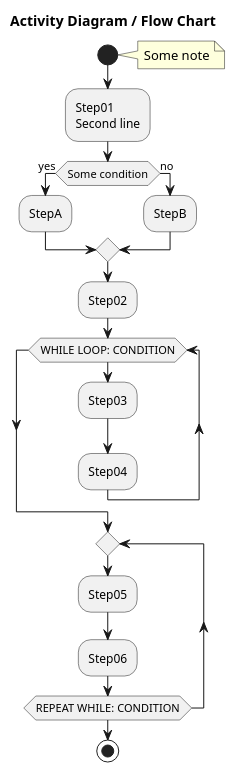
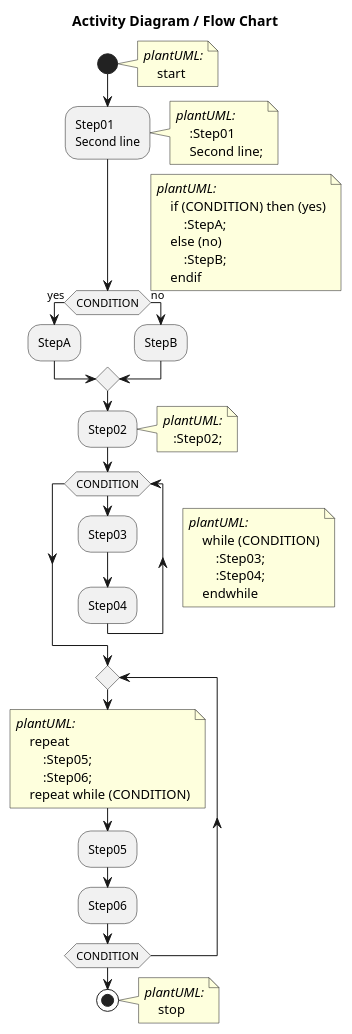
Before and after one commit to chraxo/UmlMarkdownCheatSheet: diagram 15 of 23 in uml_markdown_summary.md, drawn with PlantUML.

Commit message:
Improve Activity Diagram quick reference

```diff
--- a/uml_markdown_summary.md
+++ b/uml_markdown_summary.md
@@ -436,31 +436,76 @@
 @startuml
-title: Activity Diagram / Flow Chart
+    'skinparam classFontName Consolas
+    'skinparam classAttributeFontName Consolas
+    skinparam noteFontName Consolas
 
-start
+    'hide empty members
+    'left to right direction
+    'skinparam style strictuml
 
-note right: Some note
+    title: Activity Diagram / Flow Chart
 
-:Step01
-Second line;
+    start
+    note right
+        //plantUML://
+            start
+    end note
 
-if (Some condition) then (yes)
-    :StepA;
-else (no)
-    :StepB;
-endif
+    :Step01
+    Second line;
+    note right
+        //plantUML://
+            :Step01
+            Second line;
+    end note
 
-:Step02;
+    if (CONDITION) then (yes)
+        :StepA;
+    else (no)
+        :StepB;
+    endif
+    note right
+        //plantUML://
+            if (CONDITION) then (yes)
+                :StepA;
+            else (no)
+                :StepB;
+            endif
+    end note
 
-while (WHILE LOOP: CONDITION)
-    :Step03;
-    :Step04;
-endwhile
+    :Step02;
+    note right
+        //plantUML://
+           :Step02;
+    end note
 
-repeat
-    :Step05;
-    :Step06;
-repeat while (REPEAT WHILE: CONDITION)
-
-stop
-
+    while (CONDITION)
+        note right
+            //plantUML://
+                while (CONDITION)
+                    :Step03;
+                    :Step04;
+                endwhile
+        end note
+        :Step03;
+        :Step04;
+    endwhile
+    
+    repeat
+        note
+            //plantUML://
+                repeat
+                    :Step05;
+                    :Step06;
+                repeat while (CONDITION)
+        end note
+        
+        :Step05;
+        :Step06;
+    repeat while (CONDITION)
+    
+    stop
+    note right
+        //plantUML://
+            stop
+    end note
 @enduml
```
